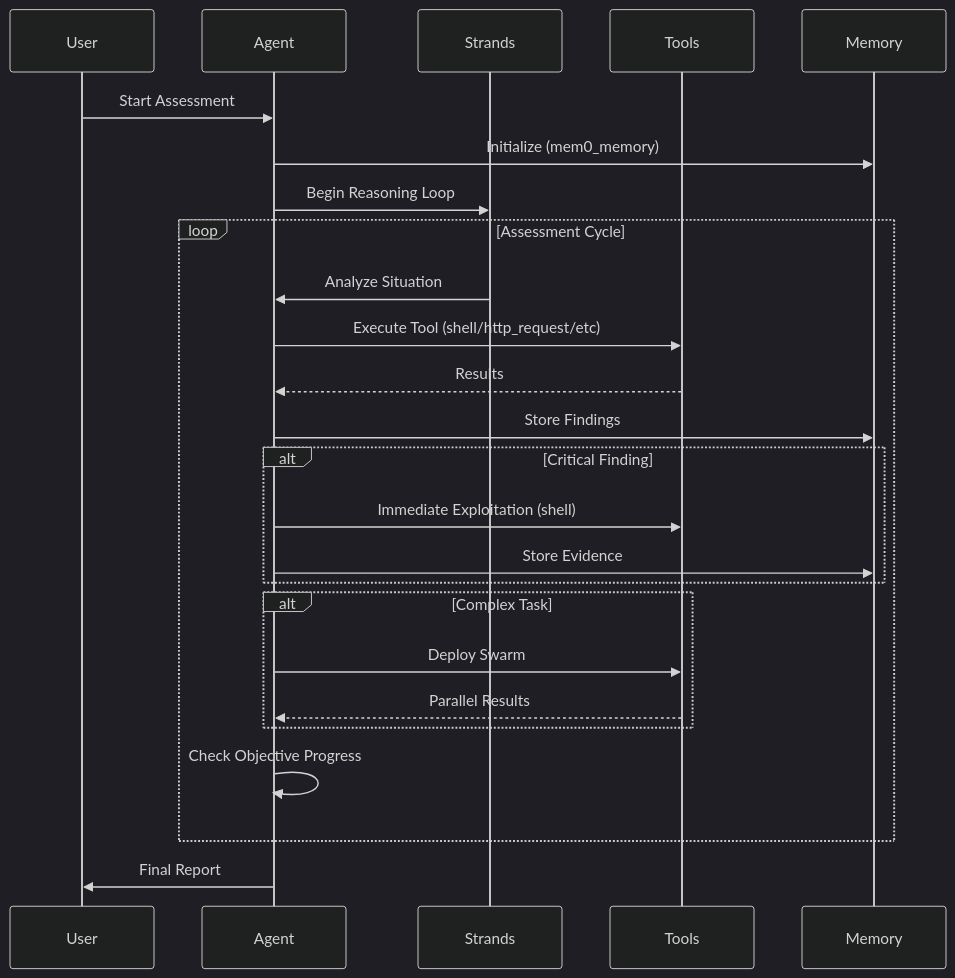
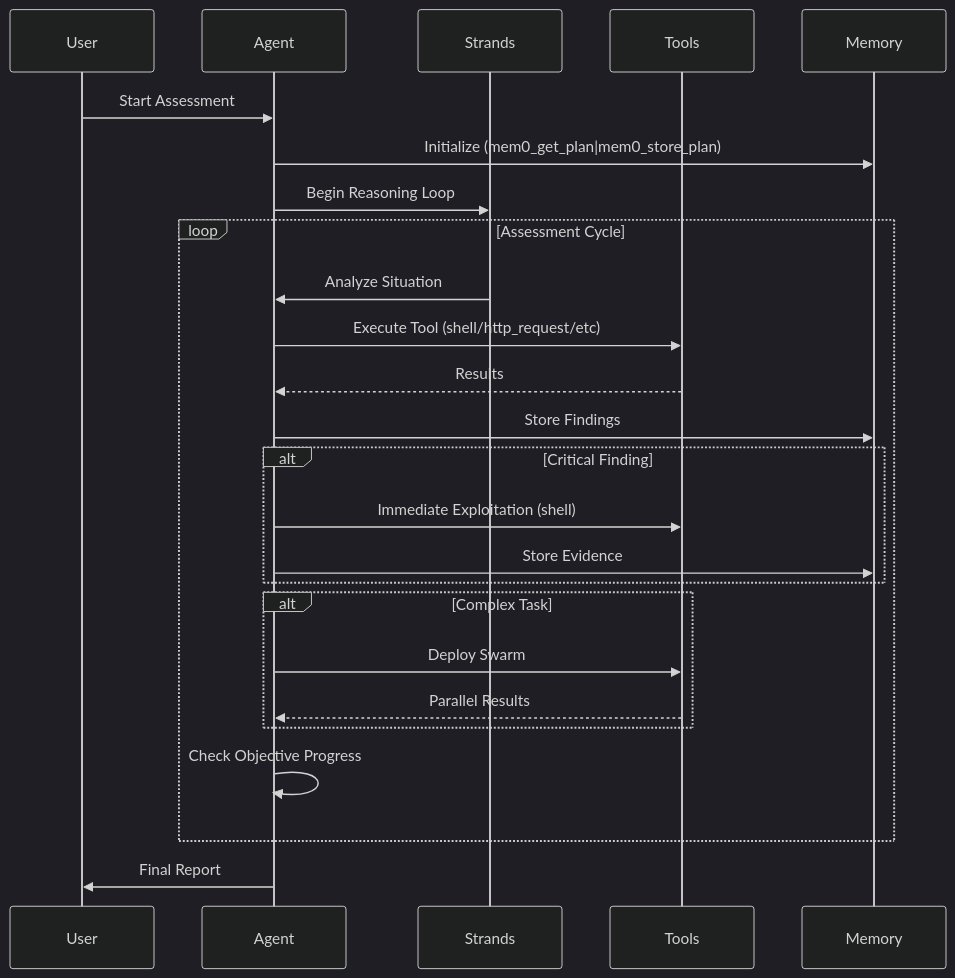
One commit to double16/Cyber-AutoAgent-ng changed the second of 5 diagrams in docs/architecture.md. Above: the diagram before and after it, drawn with Mermaid (dark theme). The commit also changed other lines of this file and 129 other files, not shown here.

````diff
--- a/docs/architecture.md
+++ b/docs/architecture.md
@@ -82,33 +82,33 @@
 ```mermaid
 sequenceDiagram
     participant User
     participant Agent
     participant Strands
     participant Tools
     participant Memory
     
     User->>Agent: Start Assessment
-    Agent->>Memory: Initialize (mem0_memory)
+    Agent->>Memory: Initialize (mem0_get_plan|mem0_store_plan)
     Agent->>Strands: Begin Reasoning Loop
     
     loop Assessment Cycle
         Strands->>Agent: Analyze Situation
         Agent->>Tools: Execute Tool (shell/http_request/etc)
         Tools-->>Agent: Results
         Agent->>Memory: Store Findings
         
         alt Critical Finding
             Agent->>Tools: Immediate Exploitation (shell)
             Agent->>Memory: Store Evidence
         end
         
         alt Complex Task
             Agent->>Tools: Deploy Swarm
             Tools-->>Agent: Parallel Results
         end
         
         Agent->>Agent: Check Objective Progress
     end
     
     Agent->>User: Final Report
 ```
````
